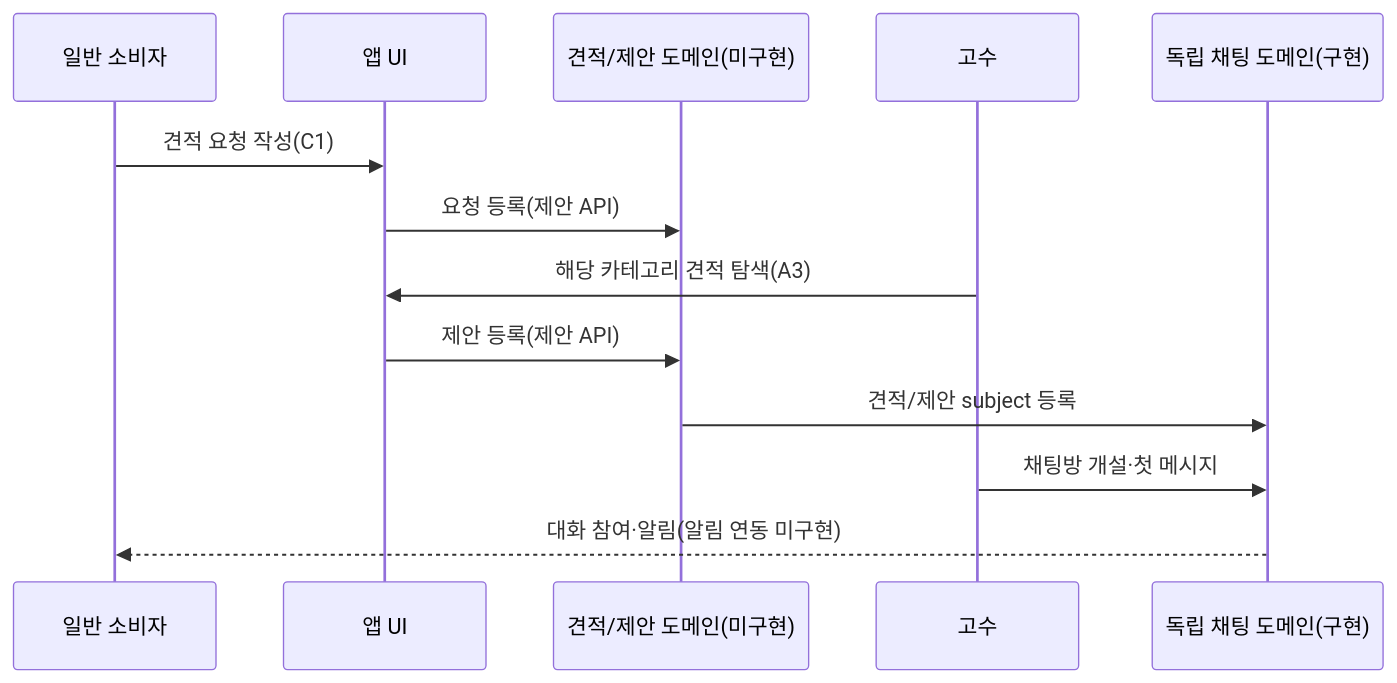
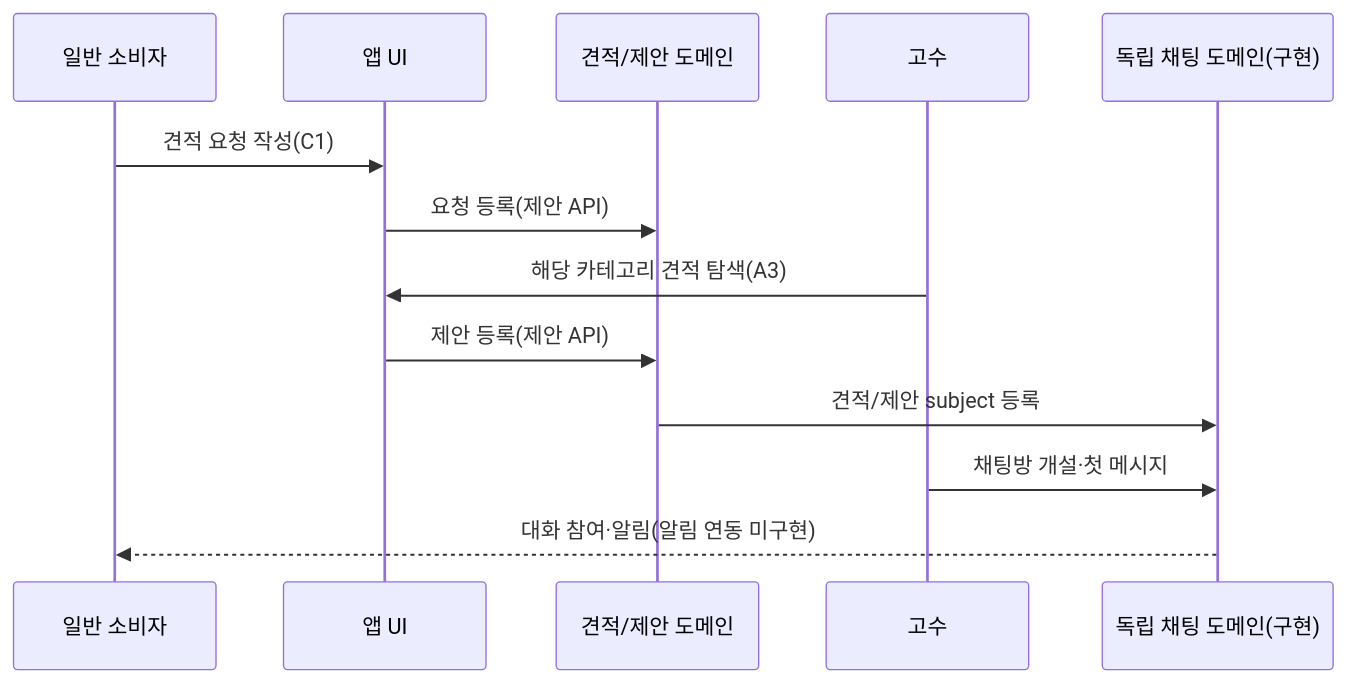
The fifth of 9 diagrams in docs/architecture/SERVICE-SEQUENCES.md (mintechstrategy/kimgosu), drawn with Mermaid before and after one commit. The commit also changed other lines of this file and 19 other files, not shown here.

````diff
--- a/docs/architecture/SERVICE-SEQUENCES.md
+++ b/docs/architecture/SERVICE-SEQUENCES.md
@@ -113,15 +113,15 @@
 ```mermaid
 sequenceDiagram
     participant User as 일반 소비자
     participant App as 앱 UI
-    participant Domain as 견적/제안 도메인(미구현)
+    participant Domain as 견적/제안 도메인
     participant Expert as 고수
     participant Chat as 독립 채팅 도메인(구현)
     User->>App: 견적 요청 작성(C1)
     App->>Domain: 요청 등록(제안 API)
     Expert->>App: 해당 카테고리 견적 탐색(A3)
     App->>Domain: 제안 등록(제안 API)
     Domain->>Chat: 견적/제안 subject 등록
     Expert->>Chat: 채팅방 개설·첫 메시지
     Chat-->>User: 대화 참여·알림(알림 연동 미구현)
 ```
````
